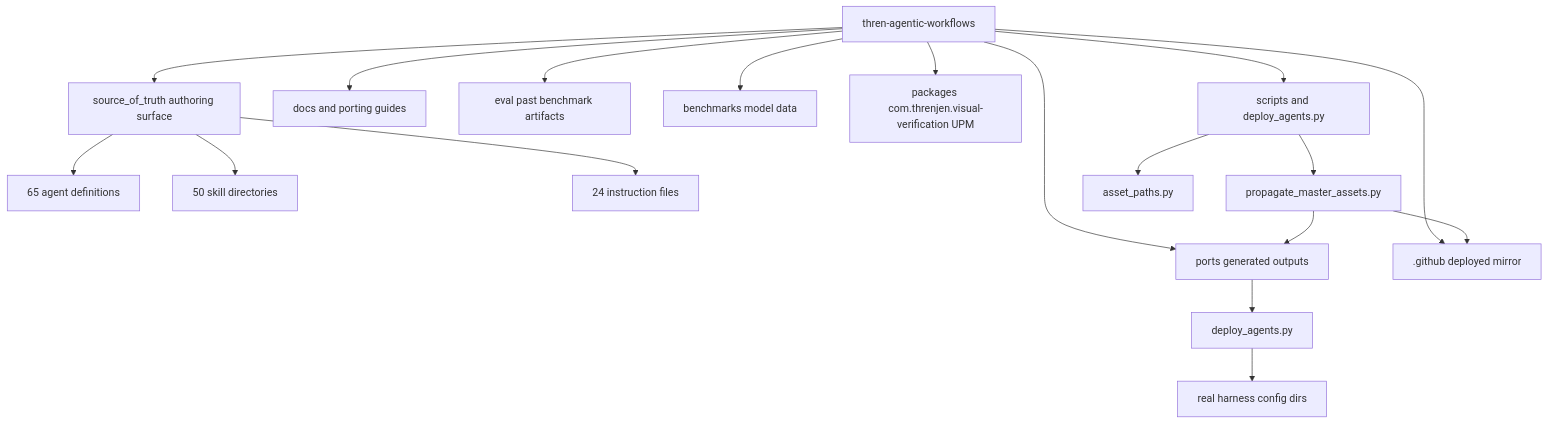
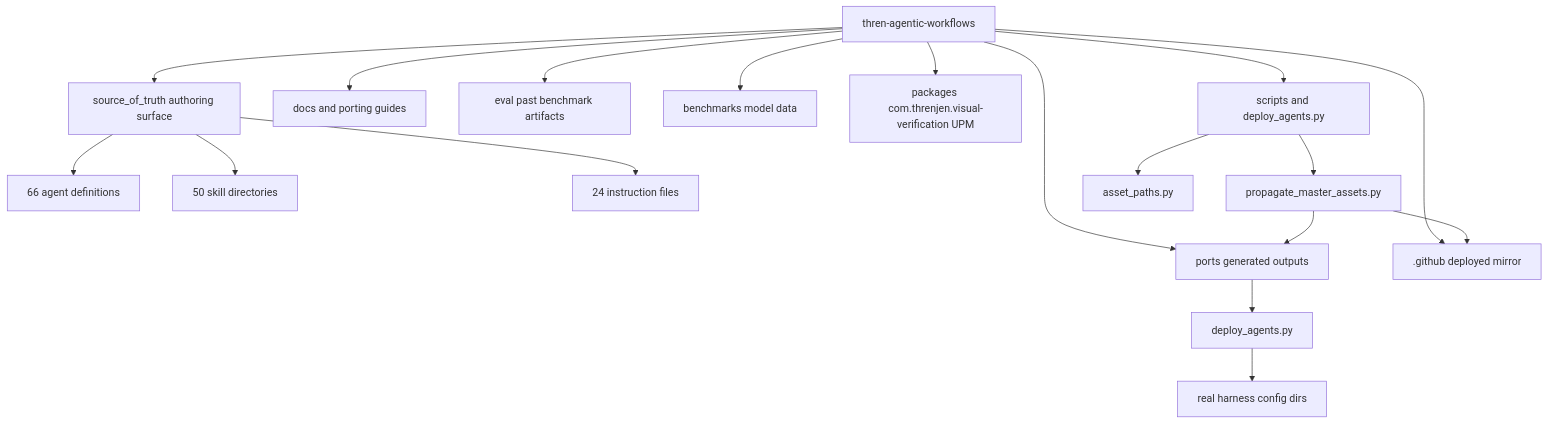
Before and after one commit to threnjen/thren-agentic-workflows: the first of 4 diagrams in docs/ARCHITECTURE.md, drawn with Mermaid. The commit also changed other lines of this file and 53 other files, not shown here.

````diff
--- a/docs/ARCHITECTURE.md
+++ b/docs/ARCHITECTURE.md
@@ -22,24 +22,24 @@
 ```mermaid
 flowchart TD
     Root[thren-agentic-workflows]
 
     Root --> SOT[source_of_truth authoring surface]
     Root --> Ports[ports generated outputs]
     Root --> DotGithub[.github deployed mirror]
     Root --> Docs[docs and porting guides]
     Root --> Eval[eval past benchmark artifacts]
     Root --> Bench[benchmarks model data]
     Root --> Pkg[packages com.threnjen.visual-verification UPM]
     Root --> Scripts[scripts and deploy_agents.py]
 
-    SOT --> Agents[65 agent definitions]
+    SOT --> Agents[66 agent definitions]
     SOT --> Skills[50 skill directories]
     SOT --> Instructions[24 instruction files]
 
     Scripts --> Propagate[propagate_master_assets.py]
     Scripts --> Shared[asset_paths.py]
     Propagate --> Ports
     Propagate --> DotGithub
     Deploy[deploy_agents.py] --> RealDirs[real harness config dirs]
     Ports --> Deploy
 ```
````
